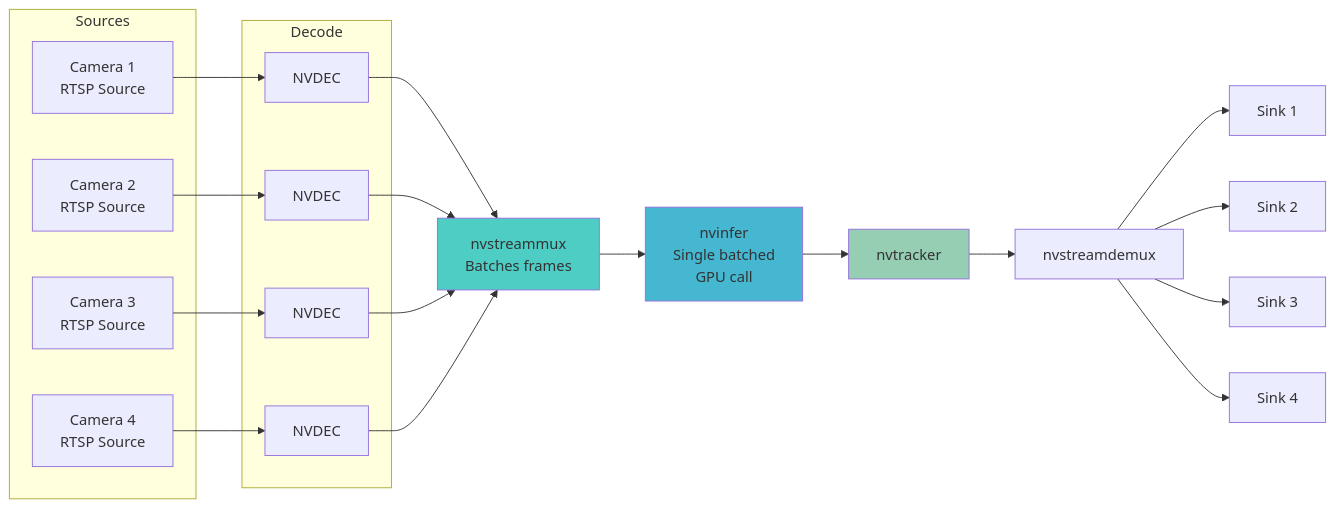
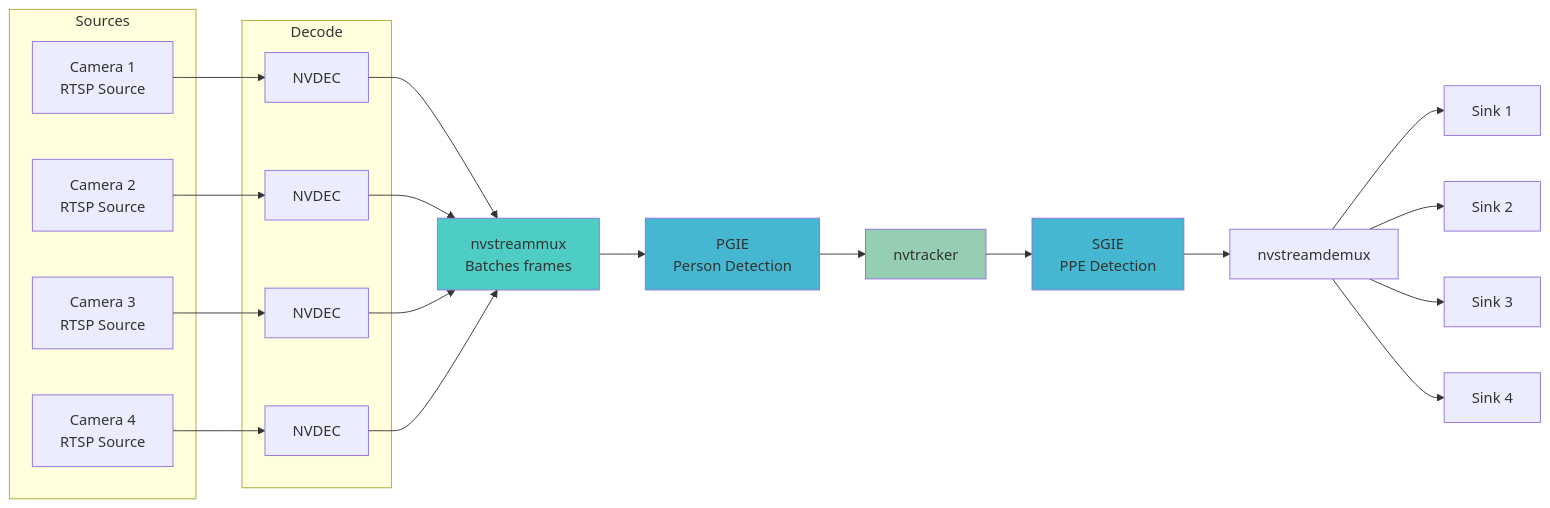
Before and after one commit to PulkitMishra/PulkitMishra.github.io: the fourth of 12 diagrams in content/blog/teaching-machines-to-notice.md, drawn with Mermaid. The commit also changed other lines of this file, not shown here.

````diff
--- a/content/blog/teaching-machines-to-notice.md
+++ b/content/blog/teaching-machines-to-notice.md
@@ -140,39 +200,41 @@
 ```mermaid
 flowchart LR
     subgraph Sources
         C1[Camera 1<br/>RTSP Source]
         C2[Camera 2<br/>RTSP Source]
         C3[Camera 3<br/>RTSP Source]
         C4[Camera 4<br/>RTSP Source]
     end
     
     subgraph Decode
         D1[NVDEC]
         D2[NVDEC]
         D3[NVDEC]
         D4[NVDEC]
     end
     
     C1 --> D1
     C2 --> D2
     C3 --> D3
     C4 --> D4
     
     D1 --> MUX[nvstreammux<br/>Batches frames]
     D2 --> MUX
     D3 --> MUX
     D4 --> MUX
     
-    MUX --> INF[nvinfer<br/>Single batched<br/>GPU call]
-    INF --> TRACK[nvtracker]
-    TRACK --> DEMUX[nvstreamdemux]
+    MUX --> PGIE[PGIE<br/>Person Detection]
+    PGIE --> TRACK[nvtracker]
+    TRACK --> SGIE[SGIE<br/>PPE Detection]
+    SGIE --> DEMUX[nvstreamdemux]
     
     DEMUX --> S1[Sink 1]
     DEMUX --> S2[Sink 2]
     DEMUX --> S3[Sink 3]
     DEMUX --> S4[Sink 4]
     
     style MUX fill:#4ecdc4
-    style INF fill:#45b7d1
+    style PGIE fill:#45b7d1
+    style SGIE fill:#45b7d1
     style TRACK fill:#96ceb4
 ```
````
